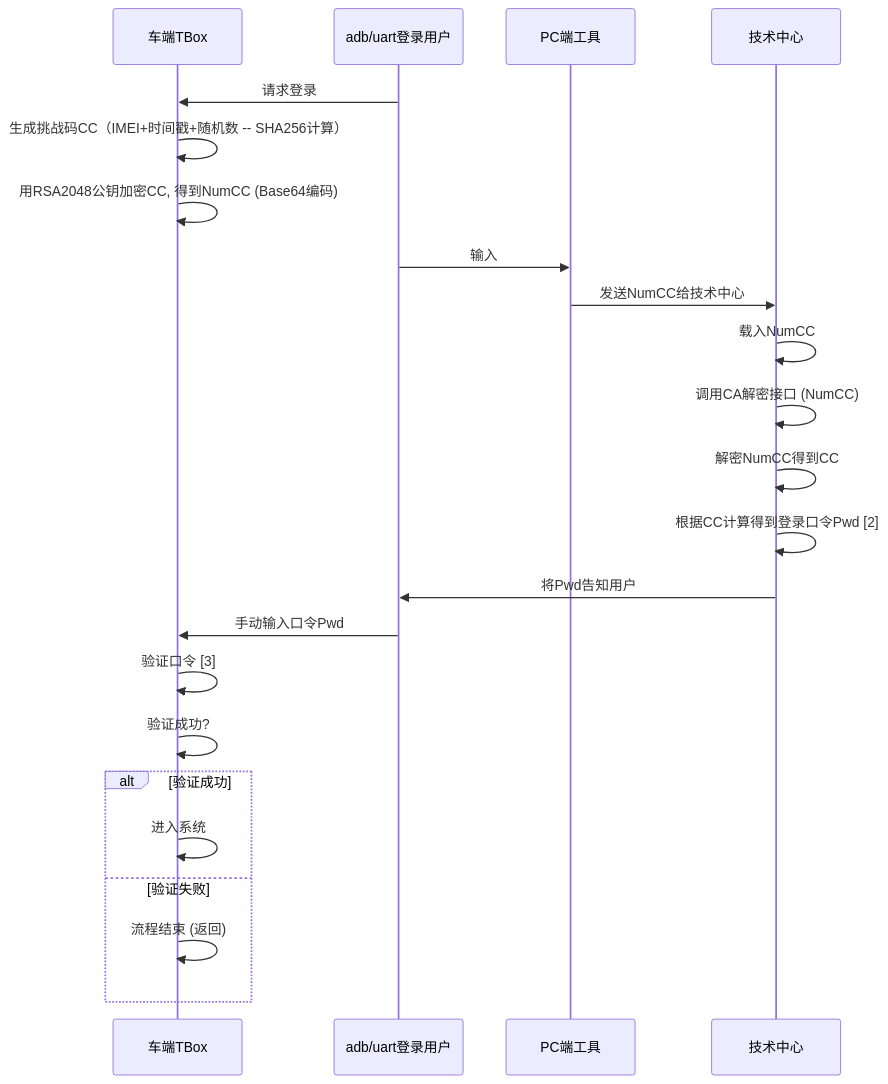
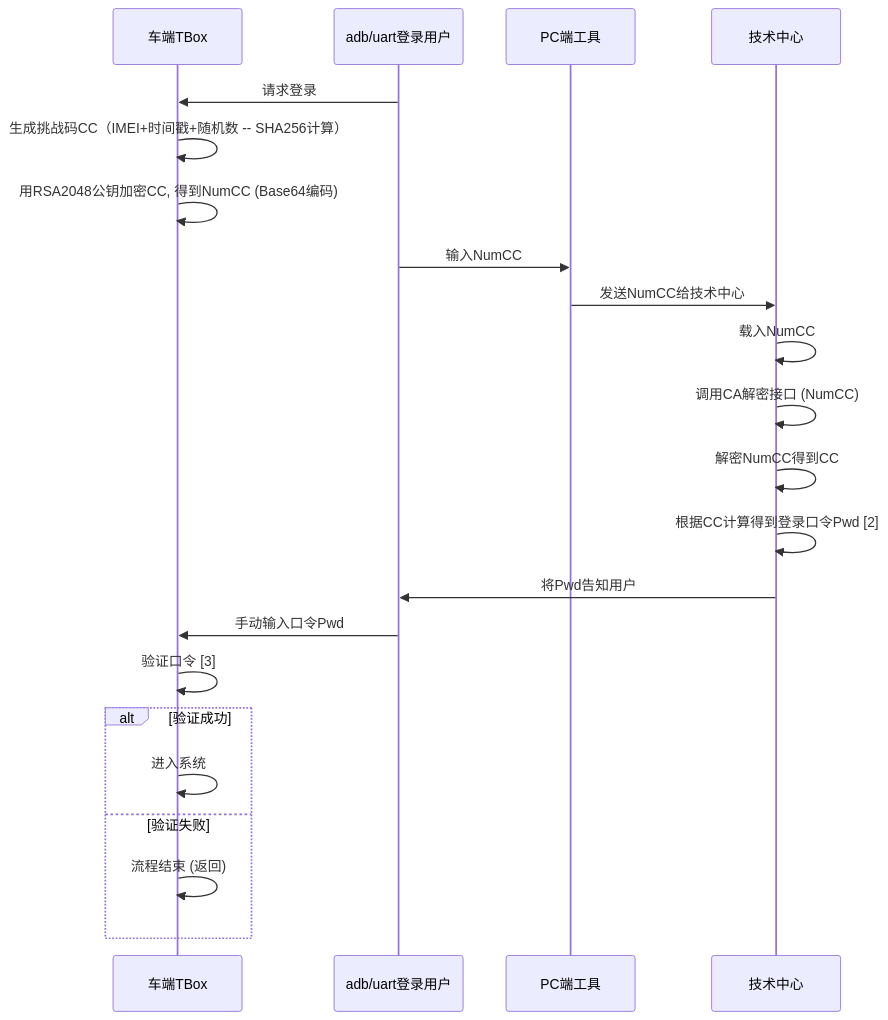
One commit to facebook-cloud/iodraw-files changed the diagram in all/未命名-13.md. Above: the diagram before and after it, drawn with Mermaid.

Commit message:
2026-01-26 18:57:00 update

````diff
--- a/all/未命名-13.md
+++ b/all/未命名-13.md
@@ -1,29 +1,28 @@
 ```mermaid
 sequenceDiagram
     participant tbox as 车端TBox
     participant user as adb/uart登录用户
     participant pc as PC端工具
     participant tech_center as 技术中心
   
 
     user->>tbox: 请求登录
     tbox->>tbox: 生成挑战码CC（IMEI+时间戳+随机数 -- SHA256计算）
     tbox->>tbox: 用RSA2048公钥加密CC, 得到NumCC (Base64编码)
-    user->>pc: 输入
+    user->>pc: 输入NumCC
     pc->>tech_center: 发送NumCC给技术中心
     tech_center->>tech_center: 载入NumCC
     tech_center->>tech_center: 调用CA解密接口 (NumCC)
     tech_center->>tech_center: 解密NumCC得到CC
     tech_center->>tech_center: 根据CC计算得到登录口令Pwd [2]
     tech_center->>user: 将Pwd告知用户
     user->>tbox: 手动输入口令Pwd
     tbox->>tbox: 验证口令 [3]
-    tbox->>tbox: 验证成功?
     alt 验证成功
         tbox->>tbox: 进入系统
     else 验证失败
         tbox->>tbox: 流程结束 (返回)
     end
 
 
 ```
````
